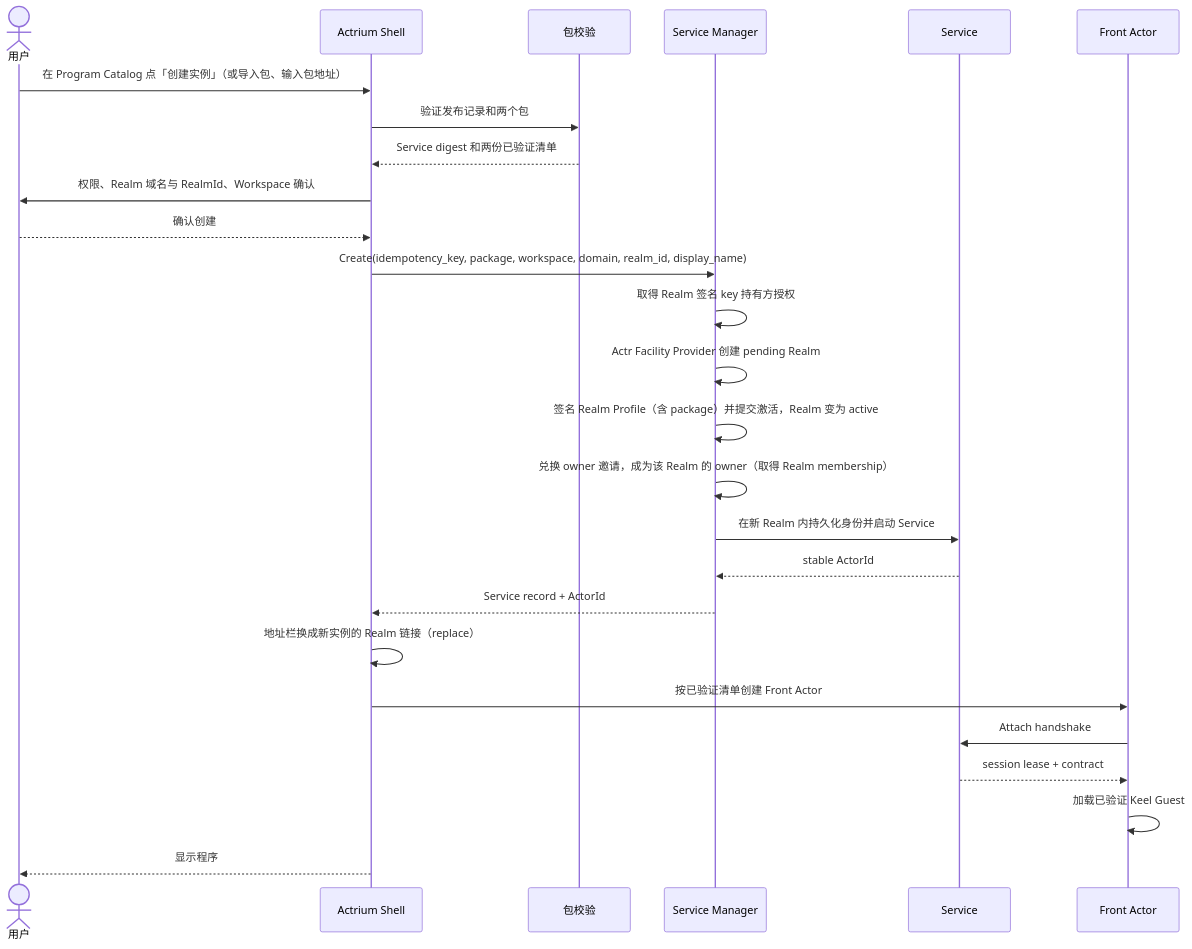
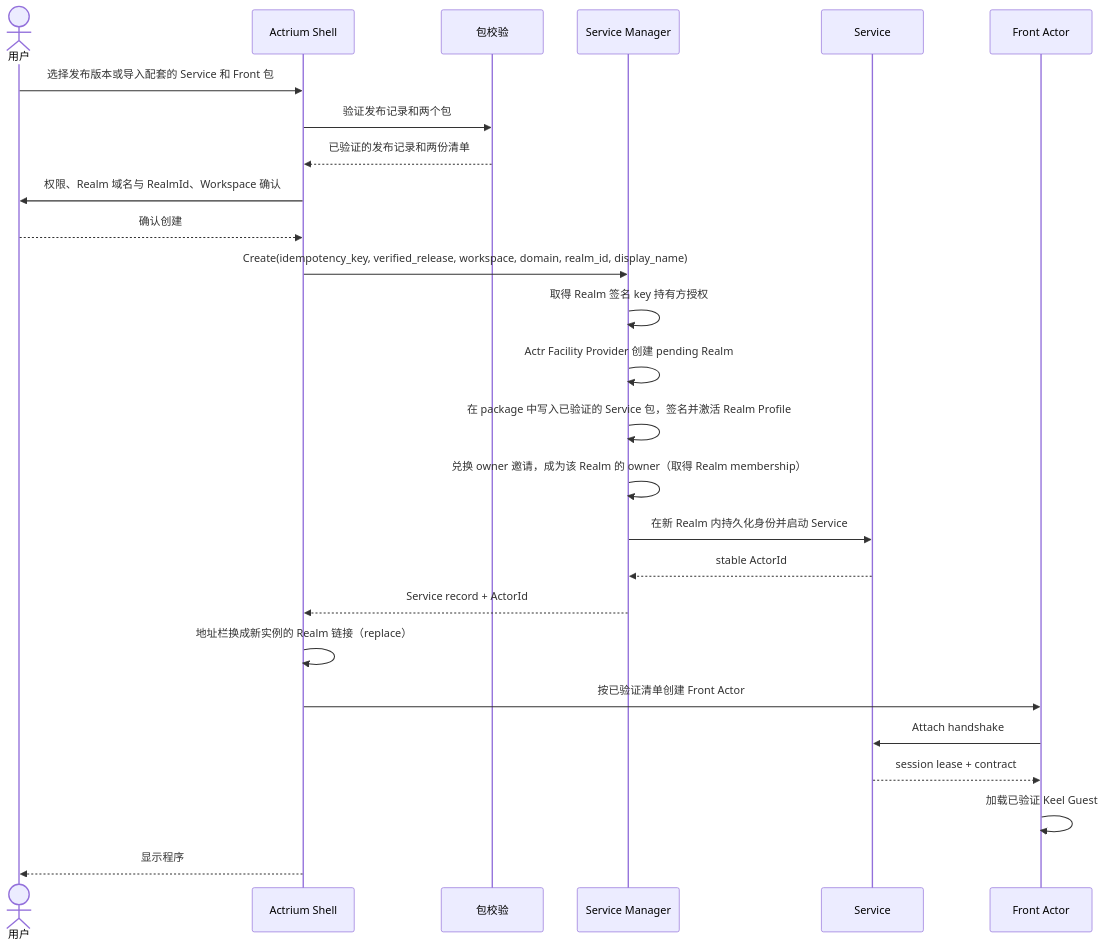
The diagram in docs/product/actrium-v1/03-user-experience.zh.md (Actrium/actrium), drawn with Mermaid before and after one commit. The commit also changed other lines of this file and 32 other files, not shown here.

````diff
--- a/docs/product/actrium-v1/03-user-experience.zh.md
+++ b/docs/product/actrium-v1/03-user-experience.zh.md
@@ -116,29 +116,29 @@
 ```mermaid
 sequenceDiagram
     actor U as 用户
     participant A as Actrium Shell
     participant P as 包校验
     participant M as Service Manager
     participant S as Service
     participant F as Front Actor
 
-    U->>A: 在 Program Catalog 点「创建实例」（或导入包、输入包地址）
+    U->>A: 选择发布版本或导入配套的 Service 和 Front 包
     A->>P: 验证发布记录和两个包
-    P-->>A: Service digest 和两份已验证清单
+    P-->>A: 已验证的发布记录和两份清单
     A->>U: 权限、Realm 域名与 RealmId、Workspace 确认
     U-->>A: 确认创建
-    A->>M: Create(idempotency_key, package, workspace, domain, realm_id, display_name)
+    A->>M: Create(idempotency_key, verified_release, workspace, domain, realm_id, display_name)
     M->>M: 取得 Realm 签名 key 持有方授权
     M->>M: Actr Facility Provider 创建 pending Realm
-    M->>M: 签名 Realm Profile（含 package）并提交激活，Realm 变为 active
+    M->>M: 在 package 中写入已验证的 Service 包，签名并激活 Realm Profile
     M->>M: 兑换 owner 邀请，成为该 Realm 的 owner（取得 Realm membership）
     M->>S: 在新 Realm 内持久化身份并启动 Service
     S-->>M: stable ActorId
     M-->>A: Service record + ActorId
     A->>A: 地址栏换成新实例的 Realm 链接（replace）
     A->>F: 按已验证清单创建 Front Actor
     F->>S: Attach handshake
     S-->>F: session lease + contract
     F->>F: 加载已验证 Keel Guest
     A-->>U: 显示程序
 ```
````
